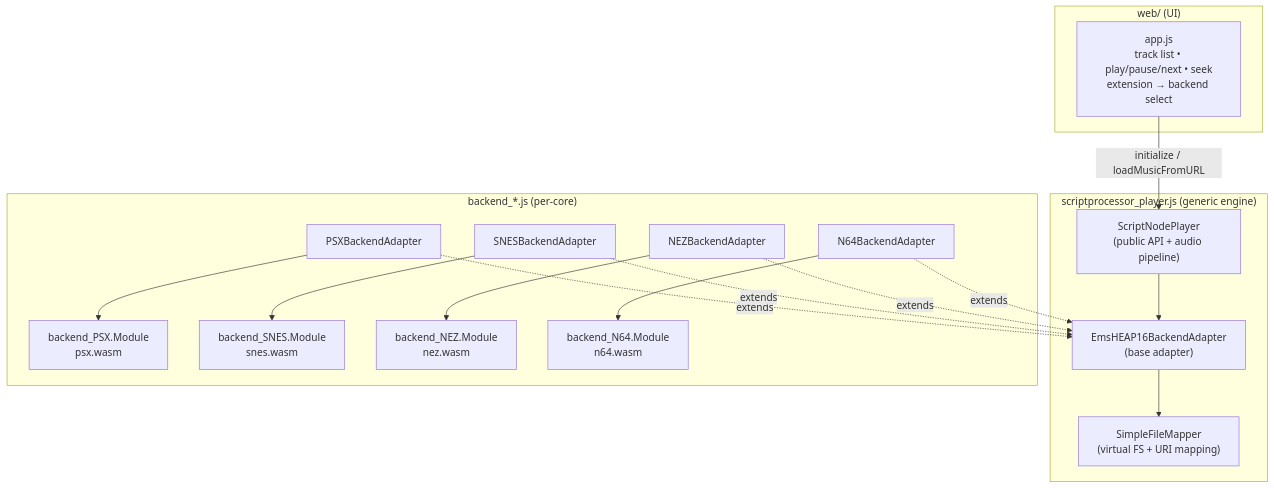
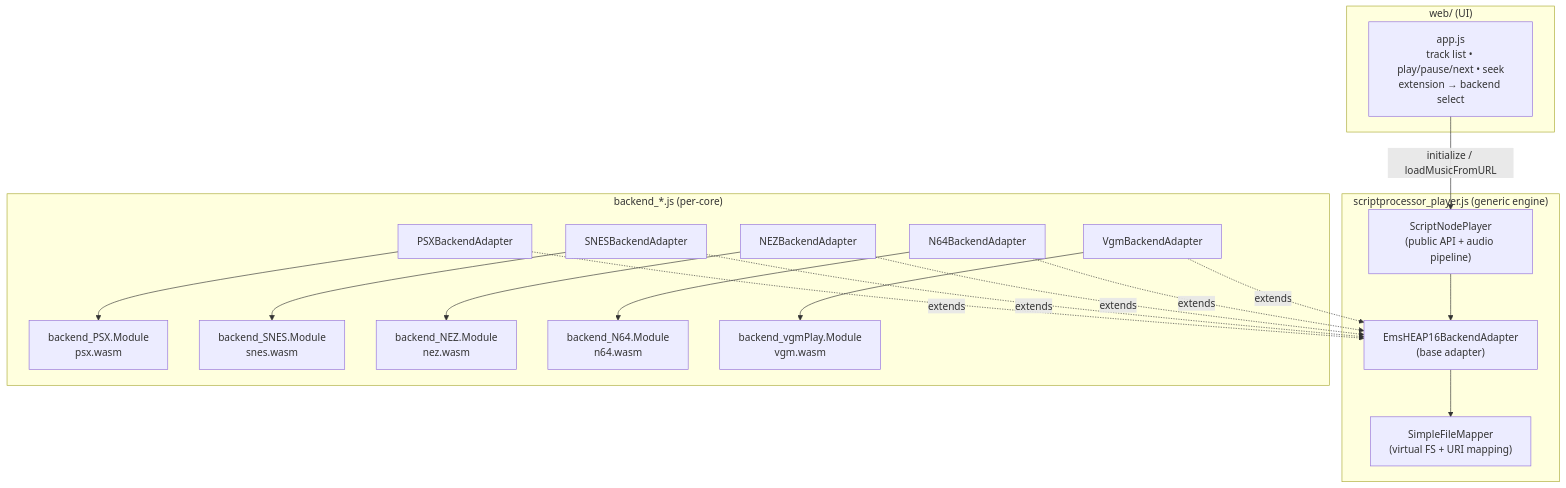
The diagram in README.md (mode777/trackify), drawn with Mermaid before and after one commit. The commit also changed other lines of this file and 22 other files, not shown here.

````diff
--- a/README.md
+++ b/README.md
@@ -182,35 +185,39 @@
 ```mermaid
 flowchart TD
     subgraph UI["web/ (UI)"]
       APP["app.js<br/>track list • play/pause/next • seek<br/>extension → backend select"]
     end
 
     subgraph PLAYER["scriptprocessor_player.js (generic engine)"]
         SNP["ScriptNodePlayer<br/>(public API + audio pipeline)"]
         ADP["EmsHEAP16BackendAdapter<br/>(base adapter)"]
         FM["SimpleFileMapper<br/>(virtual FS + URI mapping)"]
     end
 
     subgraph BACKENDS["backend_*.js (per-core)"]
         PSXA["PSXBackendAdapter"]
         SNESA["SNESBackendAdapter"]
       NEZA["NEZBackendAdapter"]
       N64A["N64BackendAdapter"]
+      VGMA["VgmBackendAdapter"]
         PSXM["backend_PSX.Module<br/>psx.wasm"]
         SNESM["backend_SNES.Module<br/>snes.wasm"]
       NEZM["backend_NEZ.Module<br/>nez.wasm"]
       N64M["backend_N64.Module<br/>n64.wasm"]
+      VGMM["backend_vgmPlay.Module<br/>vgm.wasm"]
     end
 
     APP -->|initialize / loadMusicFromURL| SNP
     SNP --> ADP
     ADP --> FM
     PSXA -.->|extends| ADP
     SNESA -.->|extends| ADP
     NEZA -.->|extends| ADP
     N64A -.->|extends| ADP
+    VGMA -.->|extends| ADP
     PSXA --> PSXM
     SNESA --> SNESM
     NEZA --> NEZM
     N64A --> N64M
+    VGMA --> VGMM
 ```
````
